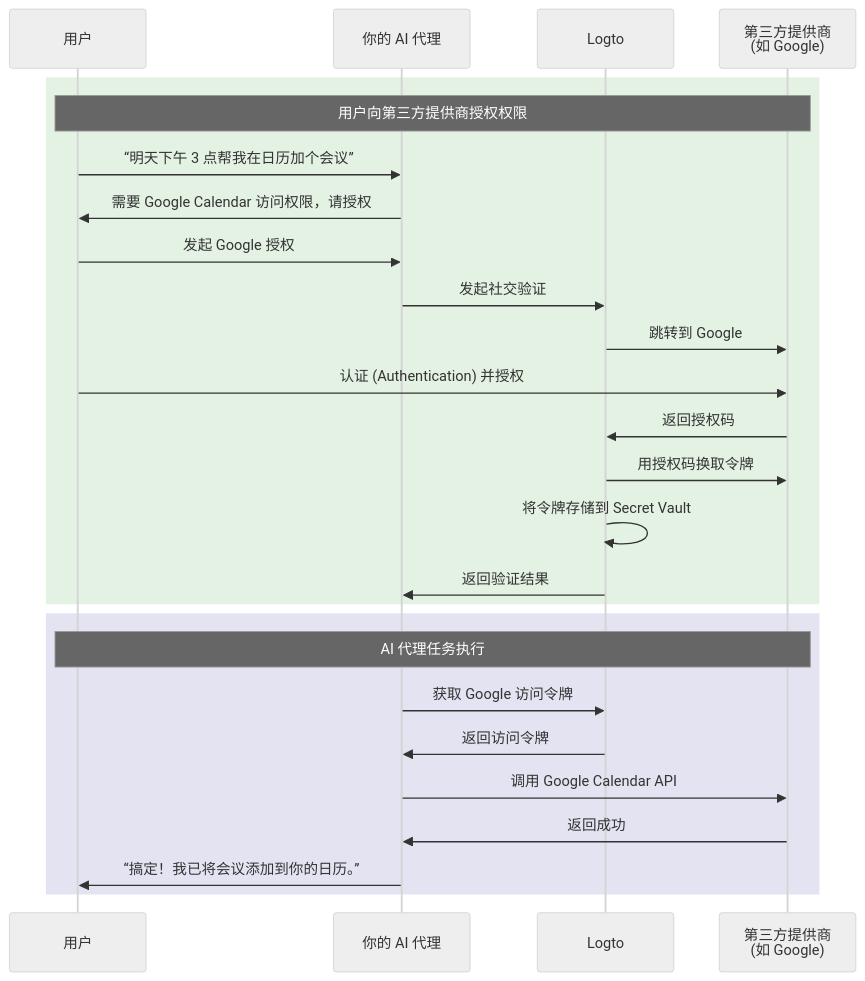
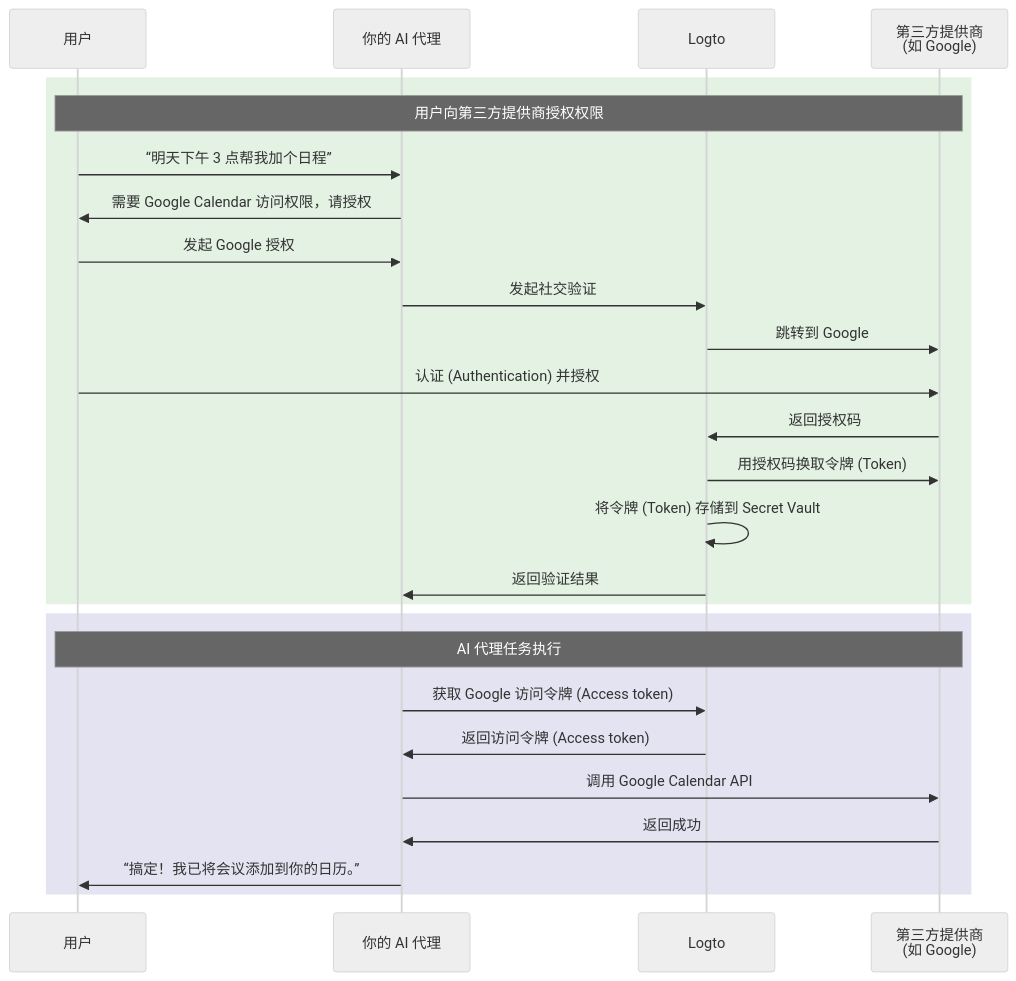
The diagram in i18n/zh-CN/docusaurus-plugin-content-docs/current/use-cases/ai/connect-your-agent-to-third-party-apis.mdx (logto-io/docs), drawn with Mermaid (neutral theme) before and after one commit. The commit also changed other lines of this file and 89 other files, not shown here.

````diff
--- a/i18n/zh-CN/docusaurus-plugin-content-docs/current/use-cases/ai/connect-your-agent-to-third-party-apis.mdx
+++ b/i18n/zh-CN/docusaurus-plugin-content-docs/current/use-cases/ai/connect-your-agent-to-third-party-apis.mdx
@@ -32,30 +36,30 @@
 ```mermaid
 sequenceDiagram
     participant User as 用户
     participant Agent as 你的 AI 代理
     participant Logto
     participant Google as 第三方提供商<br/>(如 Google)
 
     rect rgba(200, 230, 200, 0.5)
         Note over User, Google: 用户向第三方提供商授权权限
-        User->>Agent: “明天下午 3 点帮我在日历加个会议”
+        User->>Agent: “明天下午 3 点帮我加个日程”
         Agent->>User: 需要 Google Calendar 访问权限，请授权
         User->>Agent: 发起 Google 授权
         Agent->>Logto: 发起社交验证
         Logto->>Google: 跳转到 Google
         User->>Google: 认证 (Authentication) 并授权
         Google->>Logto: 返回授权码
-        Logto->>Google: 用授权码换取令牌
-        Logto->>Logto: 将令牌存储到 Secret Vault
+        Logto->>Google: 用授权码换取令牌 (Token)
+        Logto->>Logto: 将令牌 (Token) 存储到 Secret Vault
         Logto->>Agent: 返回验证结果
     end
 
     rect rgba(200, 200, 230, 0.5)
         Note over User, Google: AI 代理任务执行
-        Agent->>Logto: 获取 Google 访问令牌
-        Logto->>Agent: 返回访问令牌
+        Agent->>Logto: 获取 Google 访问令牌 (Access token)
+        Logto->>Agent: 返回访问令牌 (Access token)
         Agent->>Google: 调用 Google Calendar API
         Google->>Agent: 返回成功
         Agent->>User: “搞定！我已将会议添加到你的日历。”
     end
 ```
````
